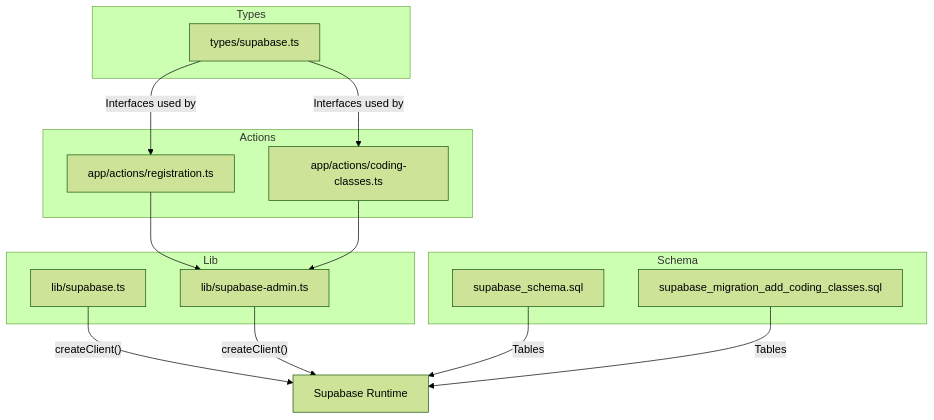
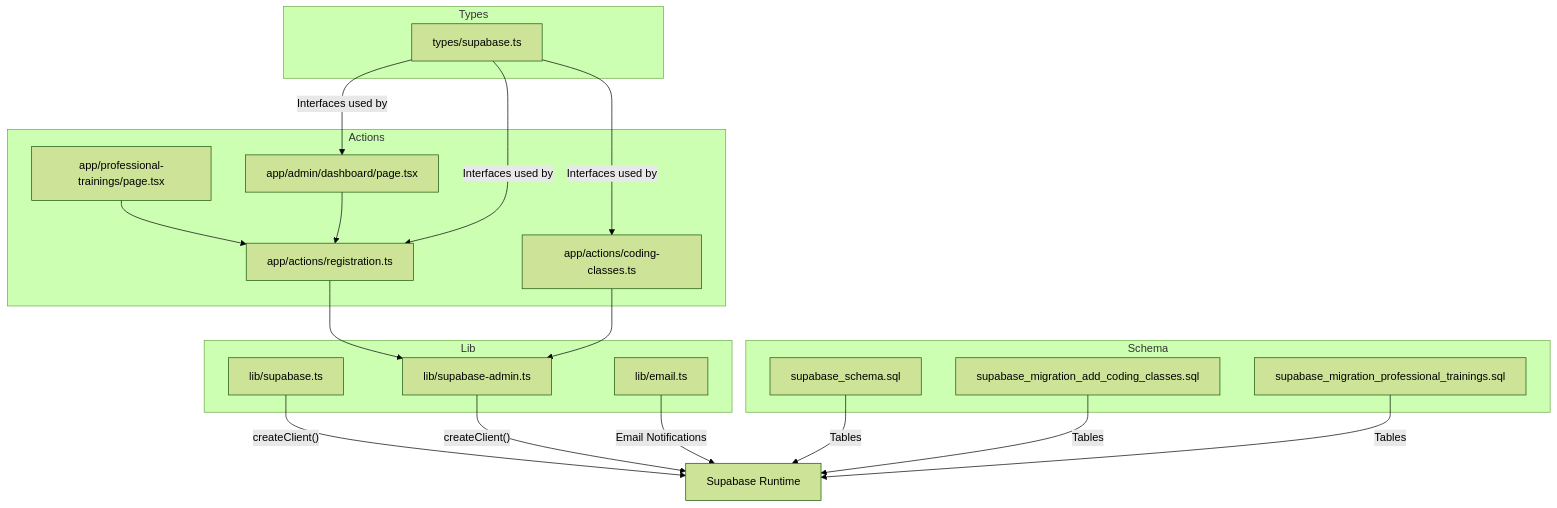
One commit to Black-box01/rhemaexpertsolutions changed the first of 8 diagrams in .qoder/repowiki/en/content/Database Integration/TypeScript Type Definitions.md. Above: the diagram before and after it, drawn with Mermaid (forest theme). The commit also changed other lines of this file and 22 other files, not shown here.

First line of the commit message:
feat(professional-trainings): add professional training registration system

````diff
--- a/.qoder/repowiki/en/content/Database Integration/TypeScript Type Definitions.md
+++ b/.qoder/repowiki/en/content/Database Integration/TypeScript Type Definitions.md
@@ -44,26 +57,35 @@
 ```mermaid
 graph TB
 subgraph "Types"
 TSupabase["types/supabase.ts"]
 end
 subgraph "Lib"
 LPublic["lib/supabase.ts"]
 LAdmin["lib/supabase-admin.ts"]
+LEmail["lib/email.ts"]
 end
 subgraph "Actions"
 AReg["app/actions/registration.ts"]
 ACoding["app/actions/coding-classes.ts"]
+APage["app/professional-trainings/page.tsx"]
+ADash["app/admin/dashboard/page.tsx"]
 end
 subgraph "Schema"
 SMain["supabase_schema.sql"]
 SCoding["supabase_migration_add_coding_classes.sql"]
+SProf["supabase_migration_professional_trainings.sql"]
 end
 AReg --> LAdmin
 ACoding --> LAdmin
+APage --> AReg
+ADash --> AReg
 LPublic --> |"createClient()"| Supabase["Supabase Runtime"]
 LAdmin --> |"createClient()"| Supabase
+LEmail --> |"Email Notifications"| Supabase
 TSupabase --> |"Interfaces used by"| AReg
 TSupabase --> |"Interfaces used by"| ACoding
+TSupabase --> |"Interfaces used by"| ADash
 SMain --> |"Tables"| Supabase
 SCoding --> |"Tables"| Supabase
+SProf --> |"Tables"| Supabase
 ```
````
